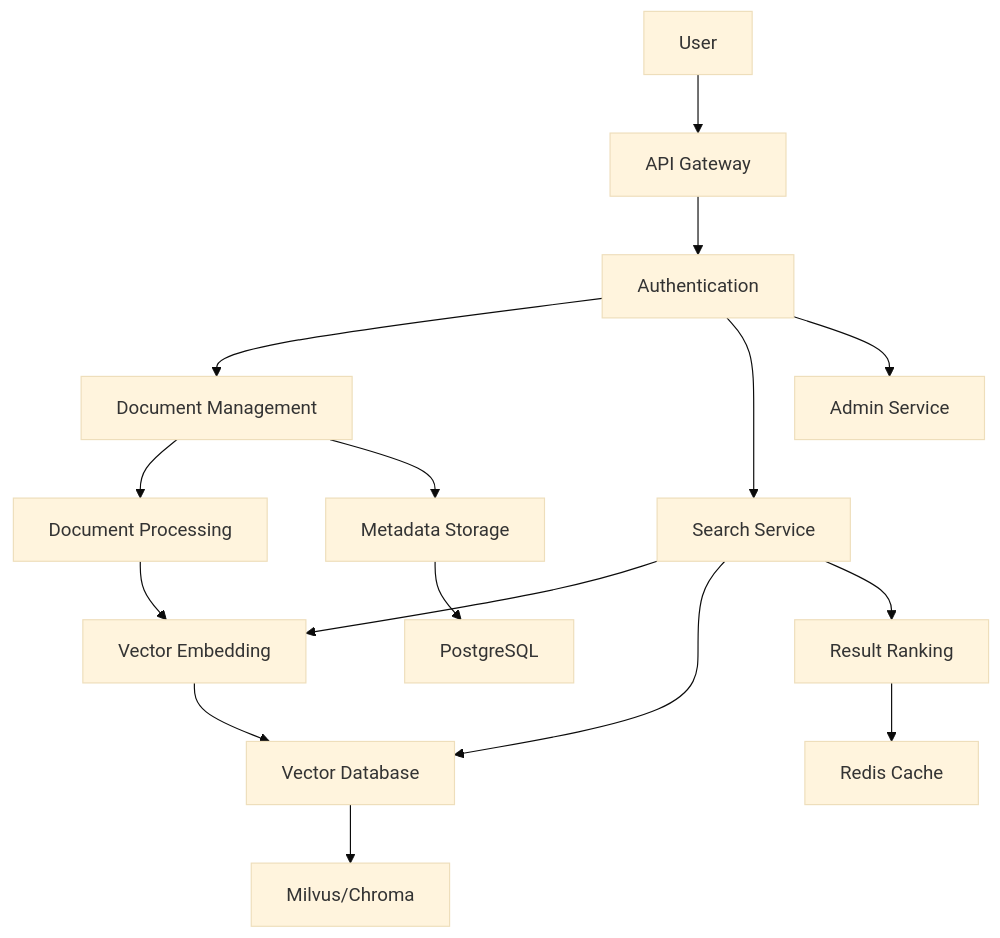
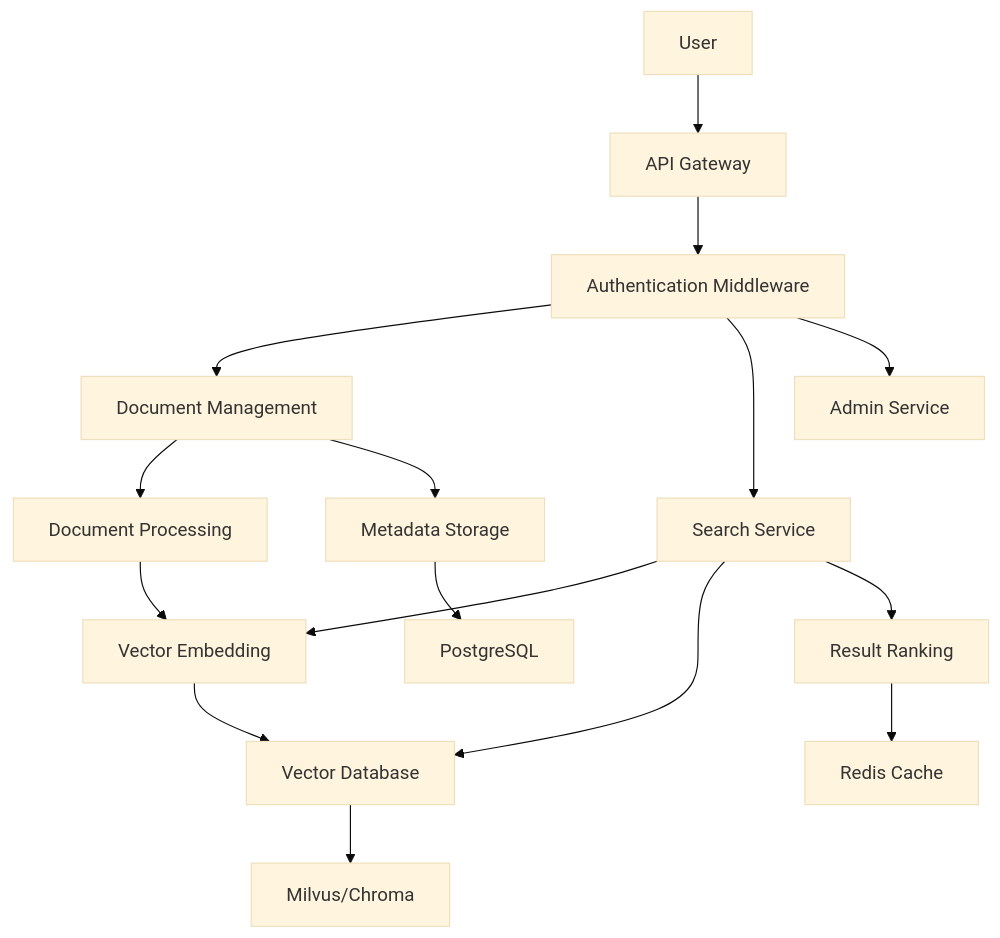
The diagram in README.md (zhao11122233/CaraBot), drawn with Mermaid (base theme) before and after one commit. The commit also changed other lines of this file and 3 other files, not shown here.

````diff
--- a/README.md
+++ b/README.md
@@ -257,21 +95,21 @@
 ```mermaid
 graph TD
     A[User] --> B[API Gateway]
-    B --> C[Authentication]
+    B --> C[Authentication Middleware]
     C --> D[Document Management]
     C --> E[Search Service]
     C --> F[Admin Service]
     
     D --> G[Document Processing]
     D --> H[Metadata Storage]
     G --> I[Vector Embedding]
     I --> J[Vector Database]
     
     E --> I
     E --> J
     E --> K[Result Ranking]
     
     H --> L[PostgreSQL]
     J --> M[Milvus/Chroma]
     K --> N[Redis Cache]
 ```
````
